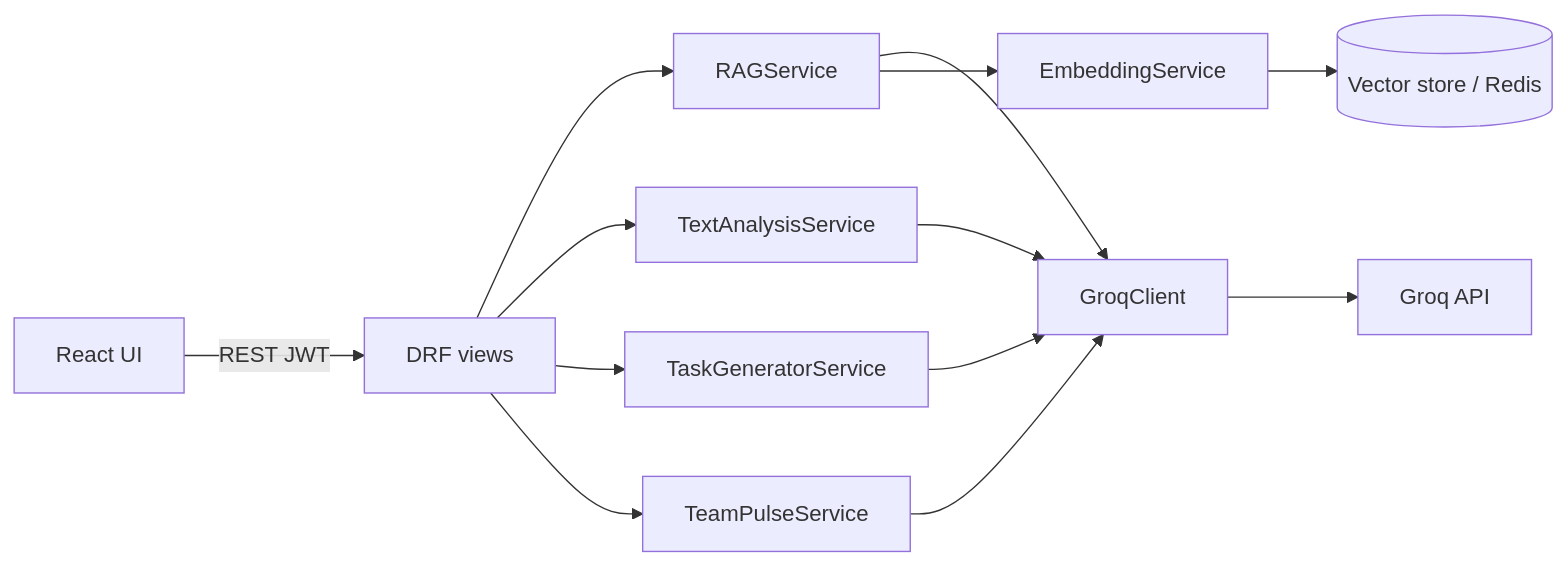
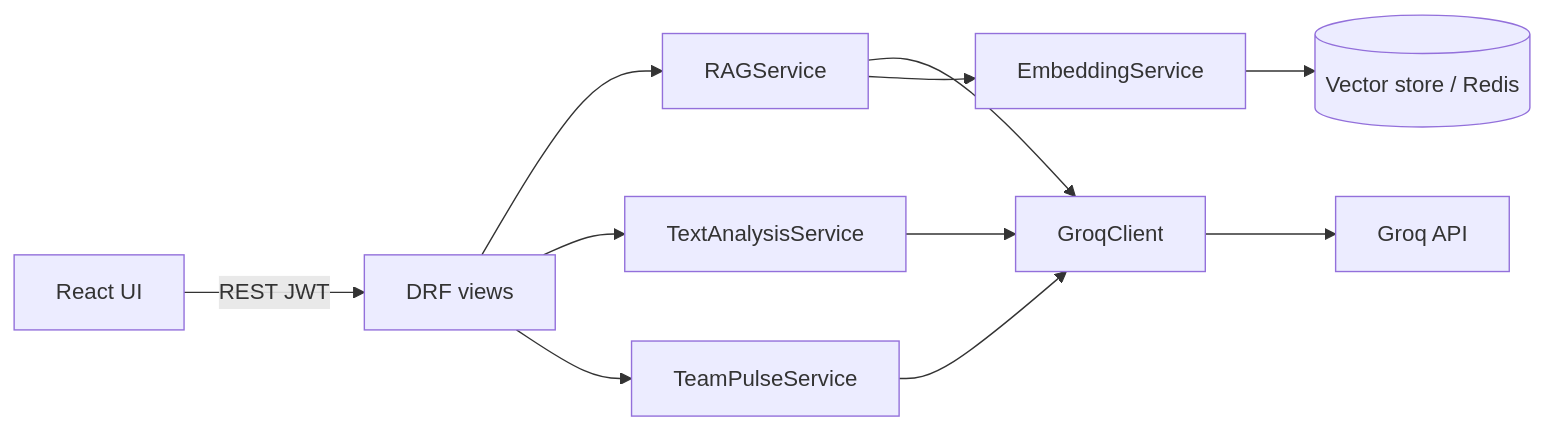
One commit to engjiosmani/collabai-project-management changed the diagram in docs/ai-module.md. Above: the diagram before and after it, drawn with Mermaid. The commit also changed other lines of this file and 36 other files, not shown here.

Commit message:
ARCH-03 remove task generator feature (#43)

````diff
--- a/docs/ai-module.md
+++ b/docs/ai-module.md
@@ -7,15 +7,13 @@
 ```mermaid
 flowchart LR
     FE[React UI] -->|REST JWT| API[DRF views]
     API --> RAG[RAGService]
     API --> TA[TextAnalysisService]
-    API --> TG[TaskGeneratorService]
     API --> TP[TeamPulseService]
     RAG --> LLM[GroqClient]
     TA --> LLM
-    TG --> LLM
     TP --> LLM
     RAG --> EMB[EmbeddingService]
     EMB --> VS[(Vector store / Redis)]
     LLM --> GROQ[Groq API]
 ```
````
